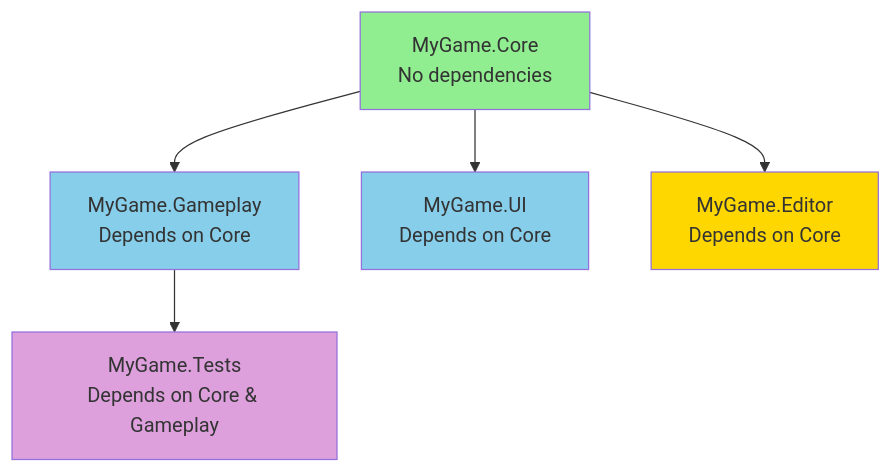
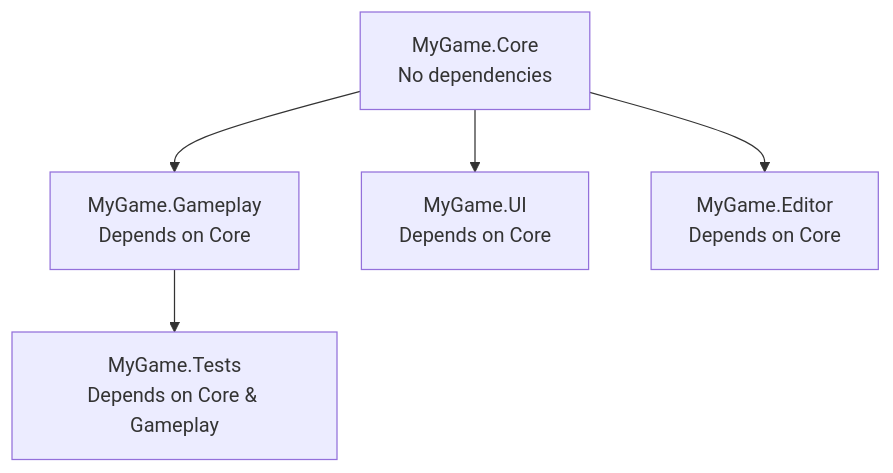
One commit to wallstop/unity-tips changed the third of 4 diagrams in docs/assembly-definitions/README.md. Above: the diagram before and after it, drawn with Mermaid. The commit also changed other lines of this file and 27 other files, not shown here.

Commit message:
Convert ASCII diagrams to Mermaid format (#30)

````diff
--- a/docs/assembly-definitions/README.md
+++ b/docs/assembly-definitions/README.md
@@ -304,13 +296,8 @@
 ```mermaid
 graph TD
     A[MyGame.Core<br/>No dependencies] --> B[MyGame.Gameplay<br/>Depends on Core]
     A --> C[MyGame.UI<br/>Depends on Core]
     A --> D[MyGame.Editor<br/>Depends on Core]
     B --> E[MyGame.Tests<br/>Depends on Core & Gameplay]
 
-    style A fill:#90EE90
-    style B fill:#87CEEB
-    style C fill:#87CEEB
-    style D fill:#FFD700
-    style E fill:#DDA0DD
 ```
````
